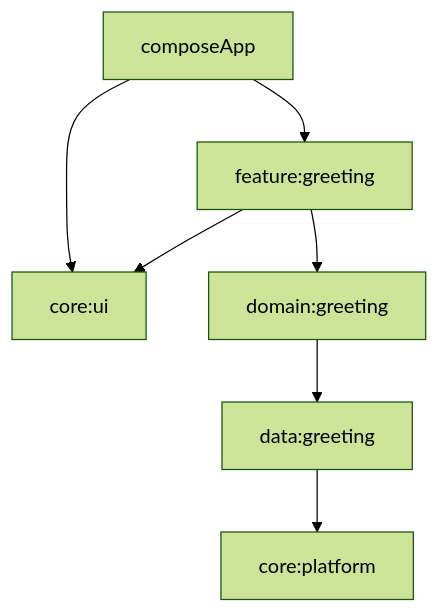
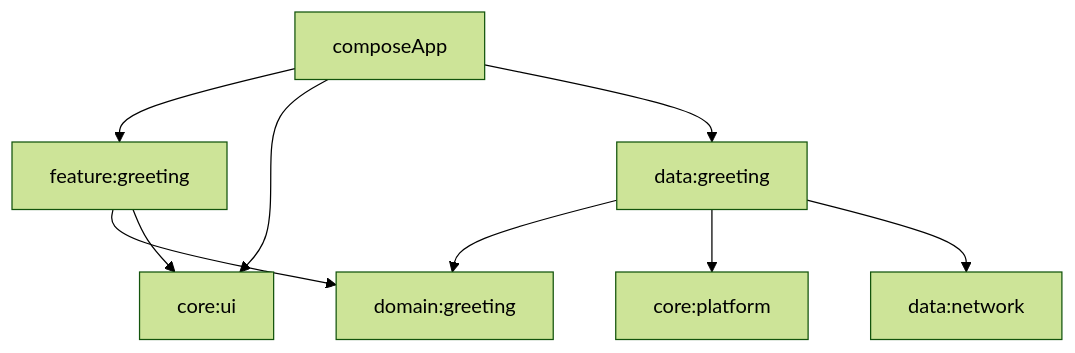
One commit to mrohseungjun/livving changed the diagram in README.md. Above: the diagram before and after it, drawn with Mermaid (forest theme). The commit also changed other lines of this file and 48 other files, not shown here.

````diff
--- a/README.md
+++ b/README.md
@@ -7,9 +7,11 @@
 ```mermaid
 graph TD
     composeApp --> feature_greeting
     composeApp --> core_ui
+    composeApp --> data_greeting
     feature_greeting[feature:greeting] --> domain_greeting[domain:greeting]
     feature_greeting --> core_ui[core:ui]
-    domain_greeting --> data_greeting[data:greeting]
+    data_greeting[data:greeting] --> domain_greeting
     data_greeting --> core_platform[core:platform]
+    data_greeting --> data_network[data:network]
 ```
````
